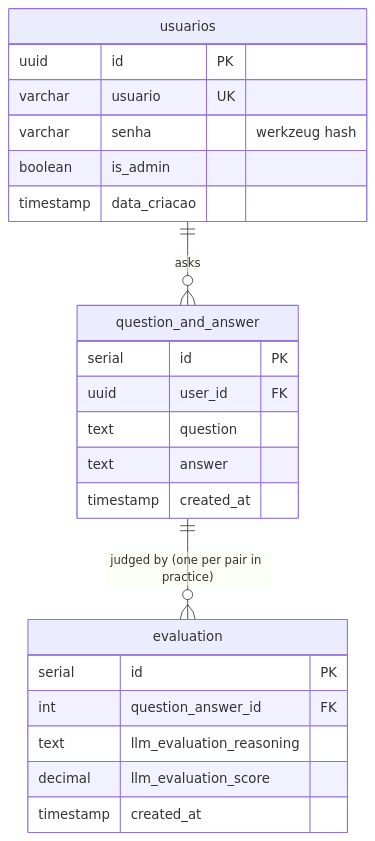
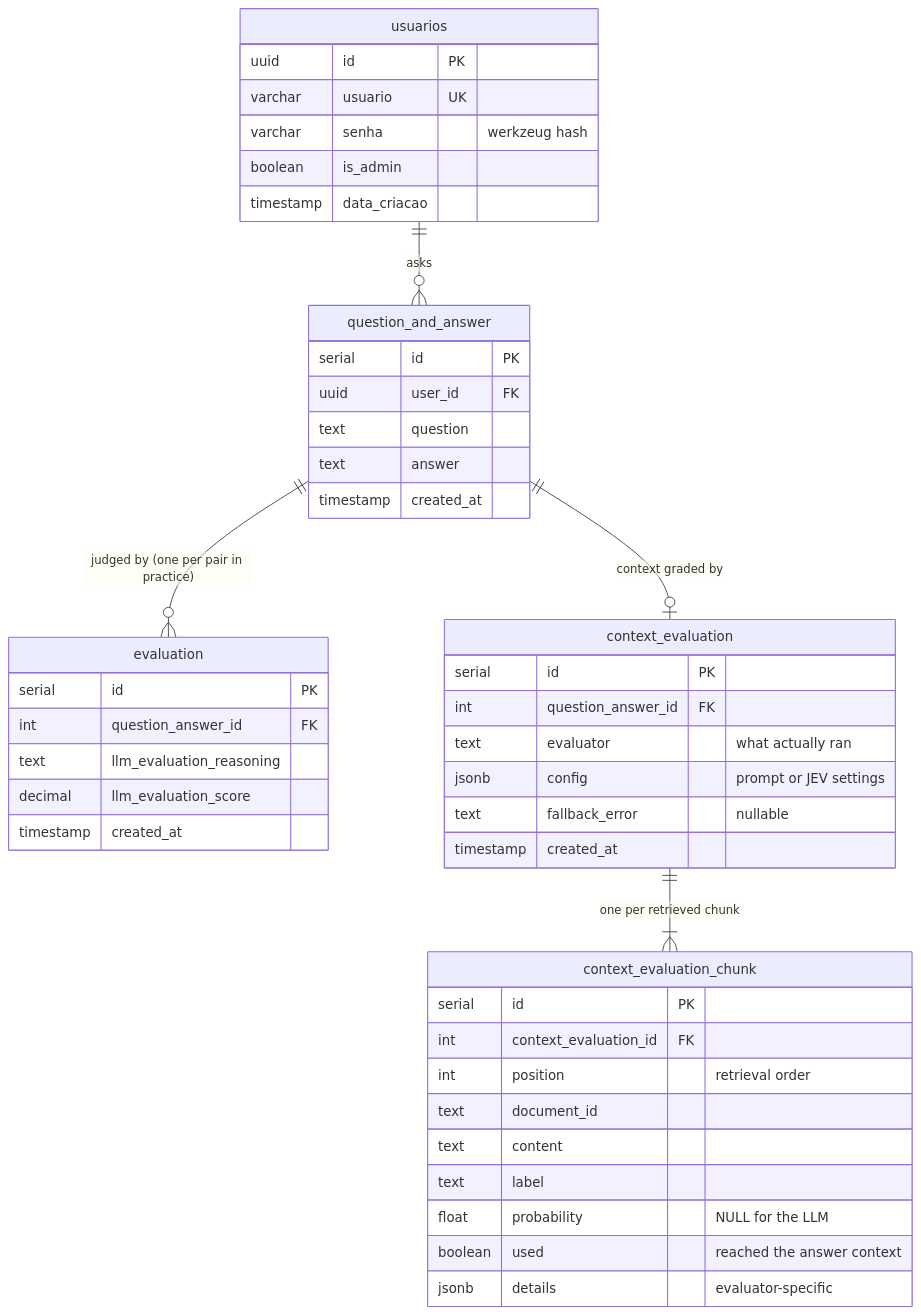
Before and after one commit to PosWeb2025Acd/TutorIA: the sixth of 6 diagrams in docs/ARCHITECTURE.md, drawn with Mermaid. The commit also changed other lines of this file and 41 other files, not shown here.

````diff
--- a/docs/ARCHITECTURE.md
+++ b/docs/ARCHITECTURE.md
@@ -202,26 +288,47 @@
 ```mermaid
 erDiagram
     usuarios ||--o{ question_and_answer : asks
     question_and_answer ||--o{ evaluation : "judged by (one per pair in practice)"
+    question_and_answer ||--o| context_evaluation : "context graded by"
+    context_evaluation ||--|{ context_evaluation_chunk : "one per retrieved chunk"
     usuarios {
         uuid id PK
         varchar usuario UK
         varchar senha "werkzeug hash"
         boolean is_admin
         timestamp data_criacao
     }
     question_and_answer {
         serial id PK
         uuid user_id FK
         text question
         text answer
         timestamp created_at
     }
     evaluation {
         serial id PK
         int question_answer_id FK
         text llm_evaluation_reasoning
         decimal llm_evaluation_score
         timestamp created_at
     }
+    context_evaluation {
+        serial id PK
+        int question_answer_id FK
+        text evaluator "what actually ran"
+        jsonb config "prompt or JEV settings"
+        text fallback_error "nullable"
+        timestamp created_at
+    }
+    context_evaluation_chunk {
+        serial id PK
+        int context_evaluation_id FK
+        int position "retrieval order"
+        text document_id
+        text content
+        text label
+        float probability "NULL for the LLM"
+        boolean used "reached the answer context"
+        jsonb details "evaluator-specific"
+    }
 ```
````
